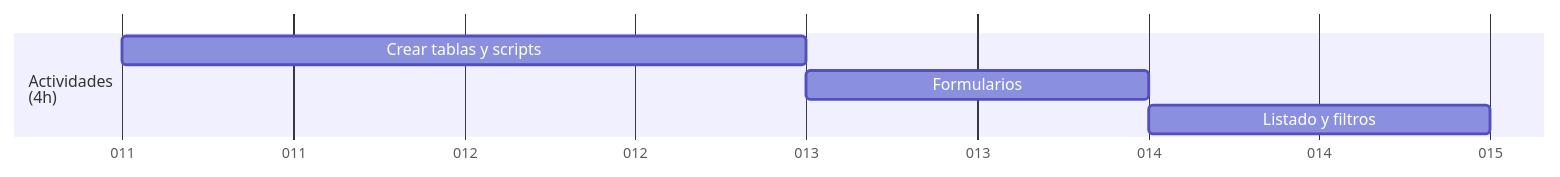
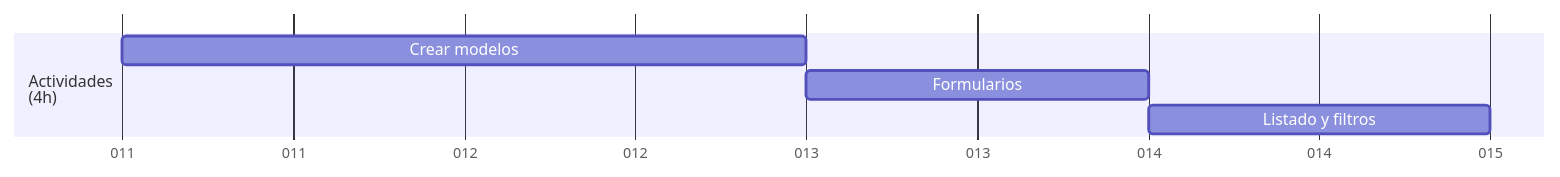
The third of 9 diagrams in .md/roadmap.md (Covija97/badentracker), drawn with Mermaid before and after one commit. The commit also changed 3 other files, not shown here.

````diff
--- a/.md/roadmap.md
+++ b/.md/roadmap.md
@@ -45,10 +45,10 @@
 ```mermaid
 gantt
     dateFormat  DDD
     axisFormat %j
 
     section Actividades<br>(4h)
-    Crear tablas y scripts      : 01-11, 2d
+    Crear modelos               : 01-11, 2d
     Formularios                 : 01-13, 1d
     Listado y filtros           : 01-14, 1d
 ```
````
